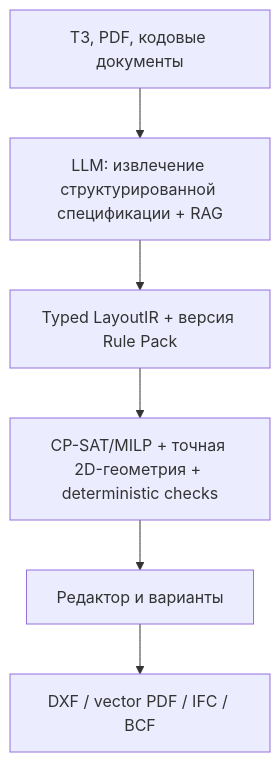
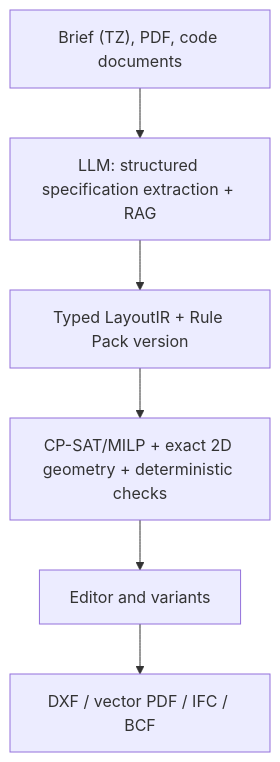
The diagram in research/gpt.md (MakazhanAlpamys/AI-Layout-Configurator-for-Construction), drawn with Mermaid before and after one commit. The commit also changed other lines of this file and 26 other files, not shown here.

````diff
--- a/research/gpt.md
+++ b/research/gpt.md
@@ -5,8 +5,8 @@
 ```mermaid
 flowchart TD
-    A["ТЗ, PDF, кодовые документы"] --> B["LLM: извлечение структурированной спецификации + RAG"]
-    B --> C["Typed LayoutIR + версия Rule Pack"]
-    C --> D["CP-SAT/MILP + точная 2D-геометрия + deterministic checks"]
-    D --> E["Редактор и варианты"]
+    A["Brief (TZ), PDF, code documents"] --> B["LLM: structured specification extraction + RAG"]
+    B --> C["Typed LayoutIR + Rule Pack version"]
+    C --> D["CP-SAT/MILP + exact 2D geometry + deterministic checks"]
+    D --> E["Editor and variants"]
     E --> F["DXF / vector PDF / IFC / BCF"]
 ```
````
